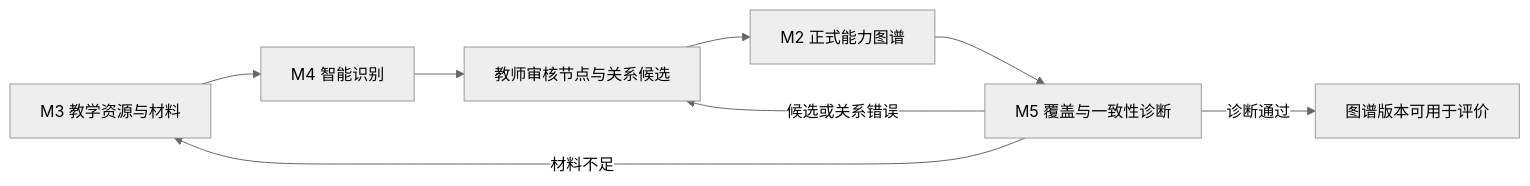
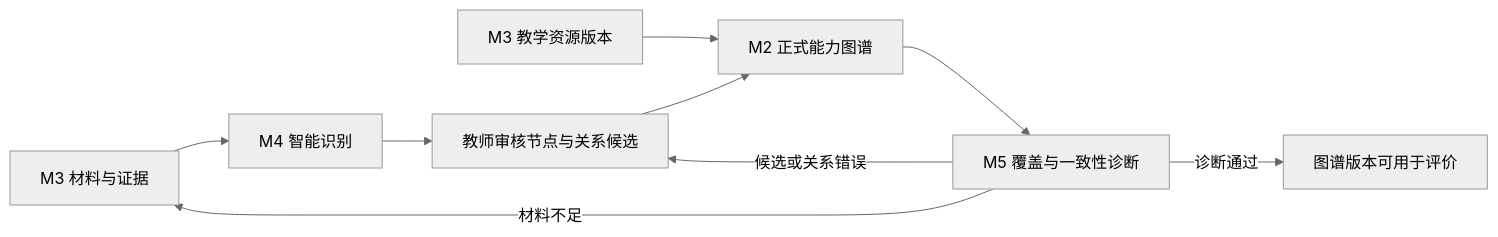
The first of 2 diagrams in docs/product/end-to-end-closed-loop.md (Hoshino-wind/engineering-accreditation-agent), drawn with Mermaid (neutral theme) before and after one commit. The commit also changed other lines of this file and 356 other files, not shown here.

````diff
--- a/docs/product/end-to-end-closed-loop.md
+++ b/docs/product/end-to-end-closed-loop.md
@@ -16,10 +18,11 @@
 ```mermaid
 flowchart LR
-    R["M3 教学资源与材料"] --> X["M4 智能识别"]
+    R["M3 材料与证据"] --> X["M4 智能识别"]
+    T["M3 教学资源版本"] --> G
     X --> H["教师审核节点与关系候选"]
     H --> G["M2 正式能力图谱"]
     G --> A["M5 覆盖与一致性诊断"]
     A -->|材料不足| R
     A -->|候选或关系错误| H
     A -->|诊断通过| V["图谱版本可用于评价"]
 ```
````
